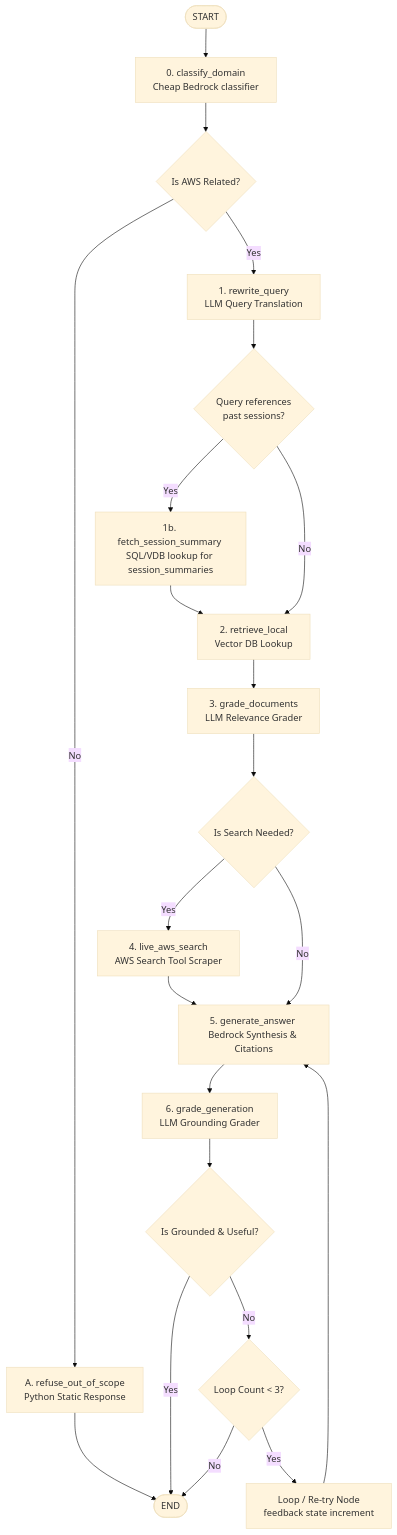
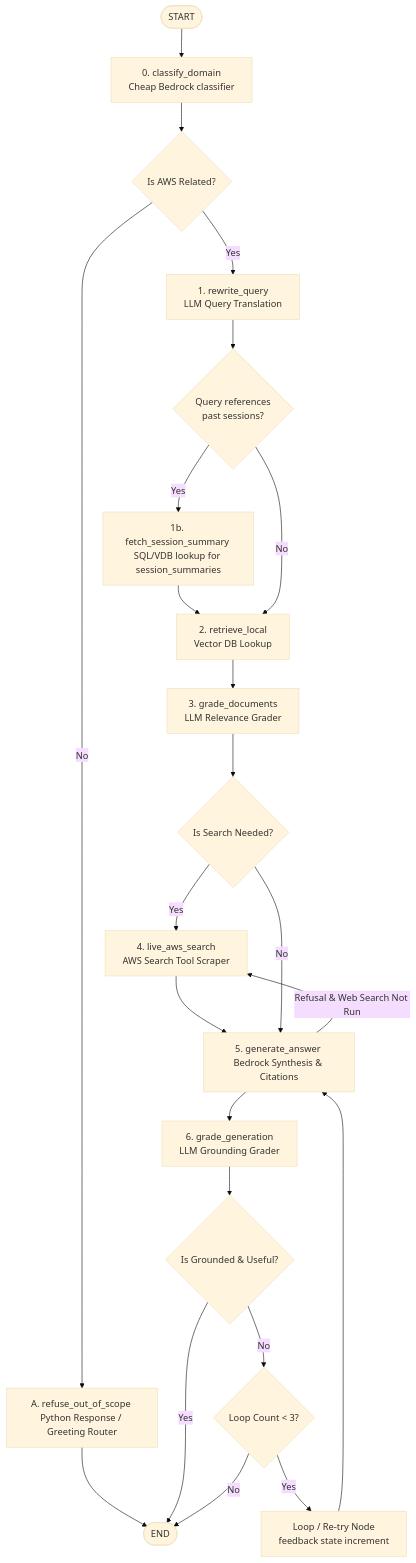
The diagram in docs/agent-architecture.md (nkhl-shrvstv-97/aws-docs-assistant), drawn with Mermaid (base theme) before and after one commit. The commit also changed other lines of this file and 31 other files, not shown here.

````diff
--- a/docs/agent-architecture.md
+++ b/docs/agent-architecture.md
@@ -11,35 +11,38 @@
 ```mermaid
 graph TD
     Start([START]) --> Classify[0. classify_domain <br/>Cheap Bedrock classifier]
     Classify --> IsAWS{Is AWS Related?}
     
-    IsAWS -->|No| Refuse[A. refuse_out_of_scope <br/>Python Static Response]
+    IsAWS -->|No| Refuse[A. refuse_out_of_scope <br/>Python Response / Greeting Router]
     Refuse --> End([END])
     
     IsAWS -->|Yes| Rewrite[1. rewrite_query <br/>LLM Query Translation]
     
     %% Session memory lookup logic
     Rewrite --> CheckHistory{Query references <br/>past sessions?}
     CheckHistory -->|Yes| FetchMemory[1b. fetch_session_summary <br/>SQL/VDB lookup for session_summaries]
     FetchMemory --> Retrieve[2. retrieve_local <br/>Vector DB Lookup]
     CheckHistory -->|No| Retrieve
     
     Retrieve --> Grade[3. grade_documents <br/>LLM Relevance Grader]
     
     Grade --> SearchNeeded{Is Search Needed?}
     
     SearchNeeded -->|Yes| LiveSearch[4. live_aws_search <br/>AWS Search Tool Scraper]
     LiveSearch --> Generate[5. generate_answer <br/>Bedrock Synthesis & Citations]
     
     SearchNeeded -->|No| Generate
     
     Generate --> GradeGen[6. grade_generation <br/>LLM Grounding Grader]
     GradeGen --> Grounded{Is Grounded & Useful?}
     
     Grounded -->|Yes| End
     Grounded -->|No| LoopCount{Loop Count < 3?}
     
     LoopCount -->|Yes| Retry[Loop / Re-try Node <br/>feedback state increment]
     Retry --> Generate
     LoopCount -->|No| End
+
+    %% Refusal fallback route to live search
+    Generate -->|Refusal & Web Search Not Run| LiveSearch
 ```
````
